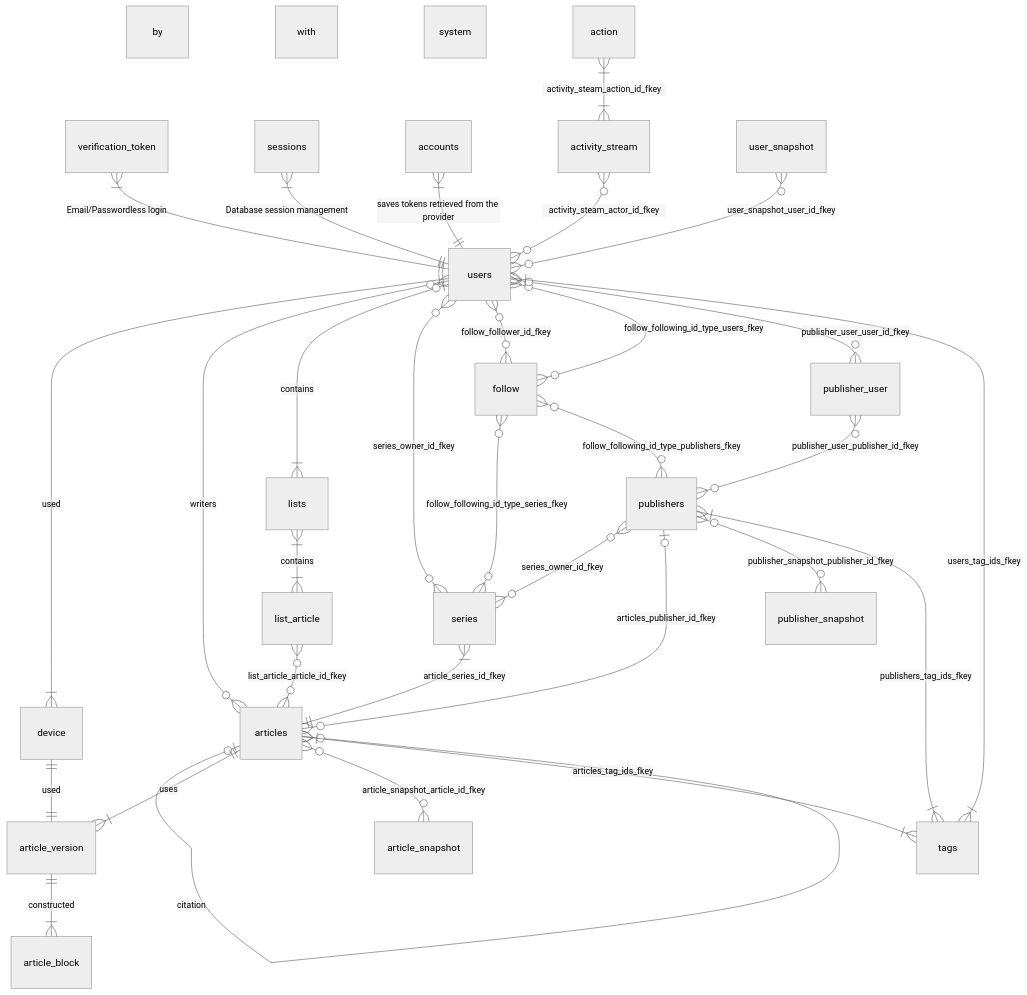
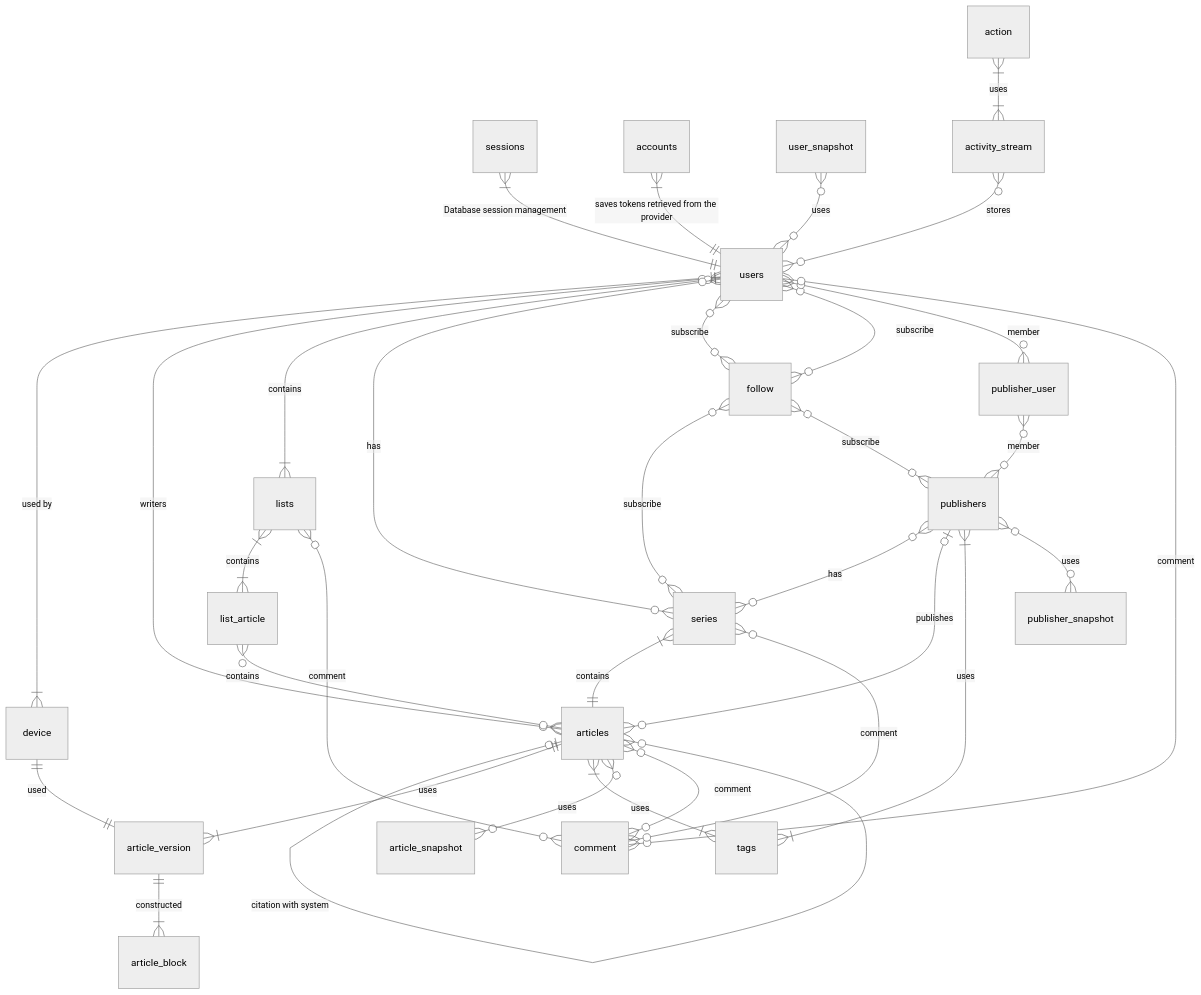
Before and after one commit to 4ry1337/my-obsidian: the third of 9 diagrams in Capstone/Diagrams.md, drawn with Mermaid (neutral theme).

Commit message:
vault backup: 2024-01-19 10:42:46

````diff
--- a/Capstone/Diagrams.md
+++ b/Capstone/Diagrams.md
@@ -175,42 +175,43 @@
 ```mermaid
 erDiagram
-verification_token }|--|| users : "Email/Passwordless login"
 sessions }|--|| users : "Database session management"
 accounts }|--|| users : "saves tokens retrieved from the provider"
+user_snapshot }o--o{ users : uses
 
-users ||--|{ device: used by
-device ||--|| article_version: used
-
+users ||--|{ device: "used by"
 users }o--o{ articles : writers
-articles |o--o{ articles : citation with system
+articles |o--o{ articles : "citation with system"
 articles ||--|{ article_version : uses
 article_version ||--|{ article_block : constructed
 
 users |o--|{ lists : contains
 lists }|--|{ list_article: contains
-list_article }o--o{ articles: list_article_article_id_fkey
+list_article }o--o{ articles: contains
 
-users }o--o{ series: series_owner_id_fkey
-publishers }o--o{ series: series_owner_id_fkey
-series }|--|| articles : article_series_id_fkey
+users }o--o{ series: has
+publishers }o--o{ series: has
+series }|--|| articles : contains
 
-users }o--o{ follow : follow_follower_id_fkey
-users }o--o{ follow : follow_following_id_type_users_fkey
-follow }o--o{ series : follow_following_id_type_series_fkey
-follow }o--o{ publishers : follow_following_id_type_publishers_fkey
+users }o--o{ follow : subscribe
+users }o--o{ follow : subscribe
+follow }o--o{ series : subscribe
+follow }o--o{ publishers : subscribe
 
-users }o--o{ publisher_user : publisher_user_user_id_fkey
-publisher_user }o--o{ publishers : publisher_user_publisher_id_fkey
-publishers |o--o{ articles : articles_publisher_id_fkey
+users }o--o{ publisher_user : member
+publisher_user }o--o{ publishers : member
+publishers |o--o{ articles : publishes
+publishers }|--|{ tags : uses
 
-activity_stream }o--o{ users: activity_steam_actor_id_fkey
-action }|--|{ activity_stream: activity_steam_action_id_fkey
+activity_stream }o--o{ users: stores
+action }|--|{ activity_stream: uses
 
-user_snapshot }o--o{ users : user_snapshot_user_id_fkey
-articles }o--o{ article_snapshot: article_snapshot_article_id_fkey
-publishers }o--o{ publisher_snapshot: publisher_snapshot_publisher_id_fkey
+device ||--|| article_version: used
+articles }|--|{ tags : uses
+articles }o--o{ article_snapshot: uses 
+publishers }o--o{ publisher_snapshot: uses
 
-users }|--|{ tags : users_tag_ids_fkey
-publishers }|--|{ tags : publishers_tag_ids_fkey
-articles }|--|{ tags : articles_tag_ids_fkey
+users }o--o{ comment : comment
+series }o--o{ comment : comment
+lists }o--o{ comment : comment
+articles }o--o{ comment : comment
 ```
````
